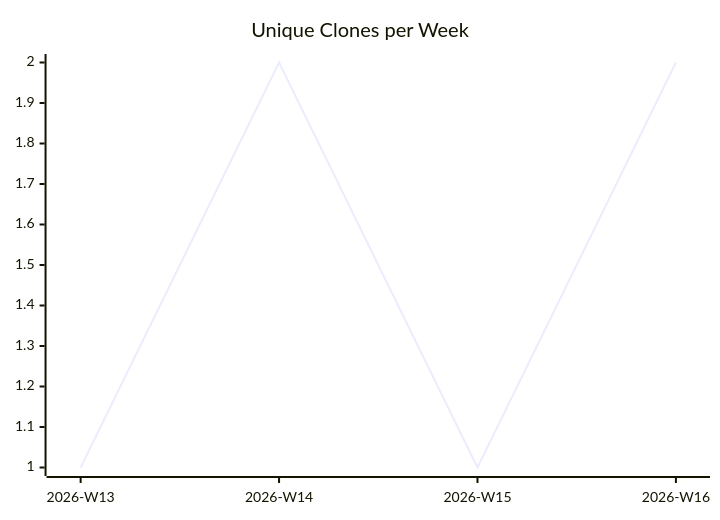
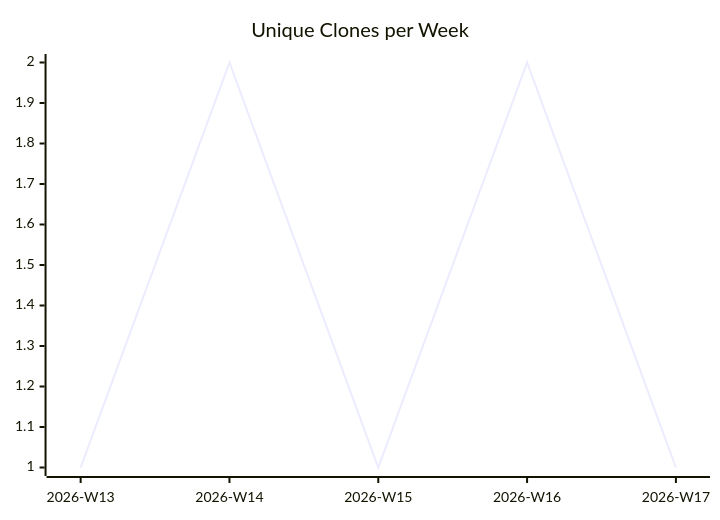
One commit to justdavis-family/github-analytics-data changed the third of 3 diagrams in karlmdavis/sample-maven-and-rcp/README.md. Above: the diagram before and after it, drawn with Mermaid. The commit also changed other lines of this file and 192 other files, not shown here.

````diff
--- a/karlmdavis/sample-maven-and-rcp/README.md
+++ b/karlmdavis/sample-maven-and-rcp/README.md
@@ -19,6 +19,6 @@
 ```mermaid
 xychart-beta
   title "Unique Clones per Week"
-  x-axis ["2026-W13", "2026-W14", "2026-W15", "2026-W16"]
-  line [1, 2, 1, 2]
+  x-axis ["2026-W13", "2026-W14", "2026-W15", "2026-W16", "2026-W17"]
+  line [1, 2, 1, 2, 1]
 ```
````
